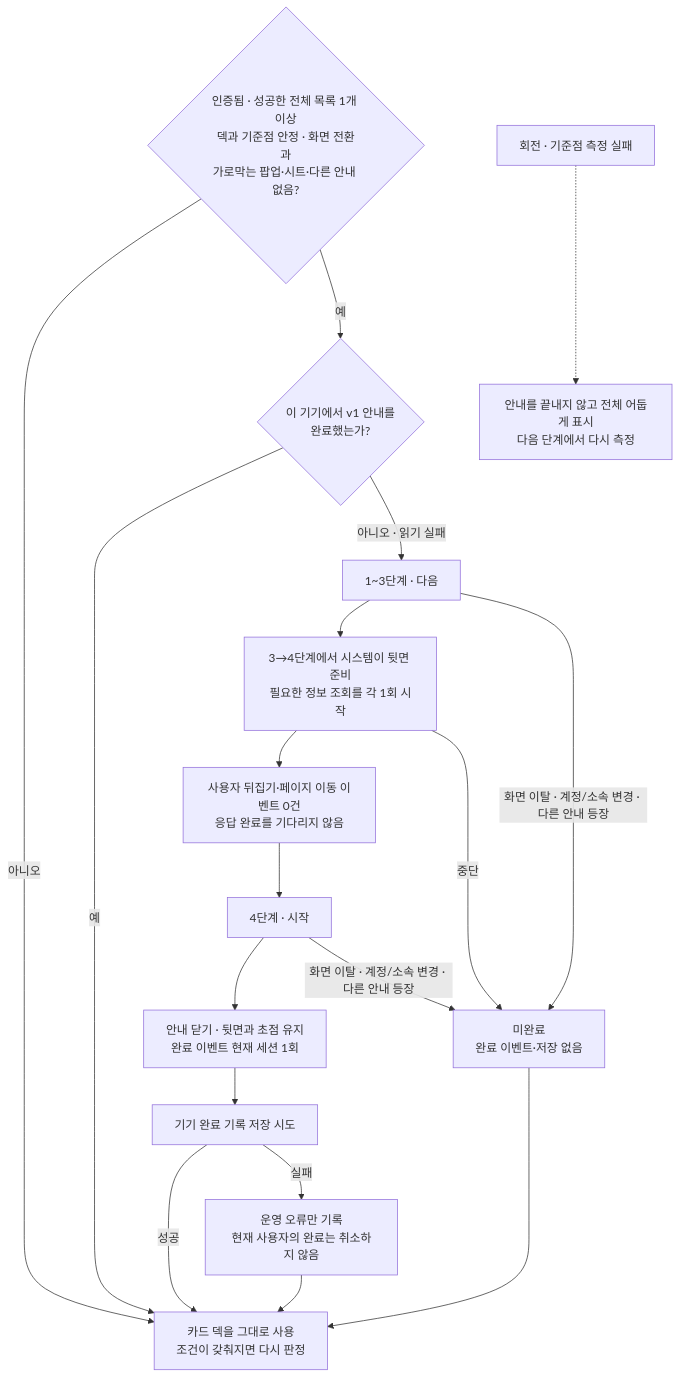
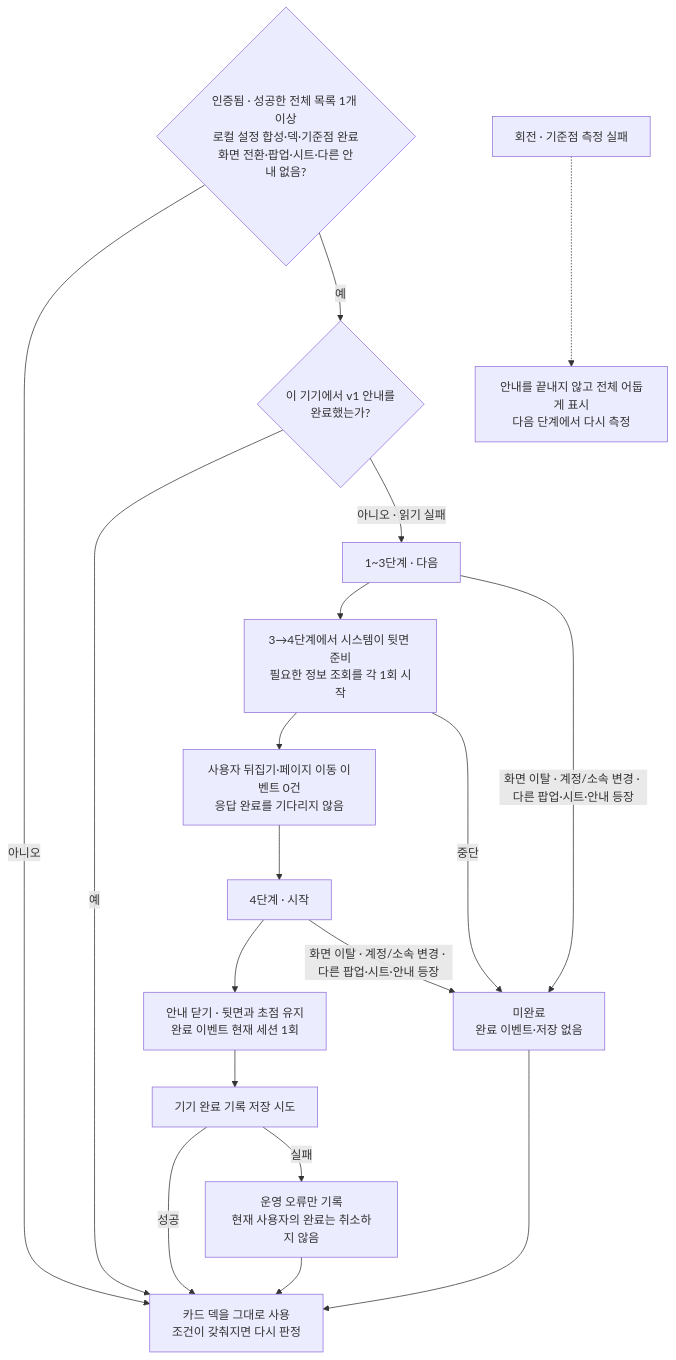
The sixth of 8 diagrams in docs/prd/group/features/02-my-groups/low-level-design.md (OneOrThree/phone), drawn with Mermaid before and after one commit. The commit also changed other lines of this file and 21 other files, not shown here.

````diff
--- a/docs/prd/group/features/02-my-groups/low-level-design.md
+++ b/docs/prd/group/features/02-my-groups/low-level-design.md
@@ -170,24 +180,24 @@
 ```mermaid
 flowchart TD
-    Eligible{"인증됨 · 성공한 전체 목록 1개 이상<br/>덱과 기준점 안정 · 화면 전환과<br/>가로막는 팝업·시트·다른 안내 없음?"}
+    Eligible{"인증됨 · 성공한 전체 목록 1개 이상<br/>로컬 설정 합성·덱·기준점 완료<br/>화면 전환·팝업·시트·다른 안내 없음?"}
     Eligible -->|아니오| Deck["카드 덱을 그대로 사용<br/>조건이 갖춰지면 다시 판정"]
     Eligible -->|예| Stored{"이 기기에서 v1 안내를<br/>완료했는가?"}
     Stored -->|예| Deck
     Stored -->|아니오 · 읽기 실패| Guide["1~3단계 · 다음"]
 
     Guide --> Prepare["3→4단계에서 시스템이 뒷면 준비<br/>필요한 정보 조회를 각 1회 시작"]
     Prepare --> NoEvent["사용자 뒤집기·페이지 이동 이벤트 0건<br/>응답 완료를 기다리지 않음"]
     NoEvent --> Step4["4단계 · 시작"]
     Step4 --> Complete["안내 닫기 · 뒷면과 초점 유지<br/>완료 이벤트 현재 세션 1회"]
     Complete --> Persist["기기 완료 기록 저장 시도"]
     Persist -->|성공| Deck
     Persist -->|실패| WriteFail["운영 오류만 기록<br/>현재 사용자의 완료는 취소하지 않음"]
     WriteFail --> Deck
 
-    Guide -->|화면 이탈 · 계정/소속 변경 · 다른 안내 등장| Interrupted["미완료<br/>완료 이벤트·저장 없음"]
+    Guide -->|화면 이탈 · 계정/소속 변경 · 다른 팝업·시트·안내 등장| Interrupted["미완료<br/>완료 이벤트·저장 없음"]
     Prepare -->|중단| Interrupted
-    Step4 -->|화면 이탈 · 계정/소속 변경 · 다른 안내 등장| Interrupted
+    Step4 -->|화면 이탈 · 계정/소속 변경 · 다른 팝업·시트·안내 등장| Interrupted
     Interrupted --> Deck
 
     Layout["회전 · 기준점 측정 실패"] -.-> Fallback["안내를 끝내지 않고 전체 어둡게 표시<br/>다음 단계에서 다시 측정"]
 ```
````
